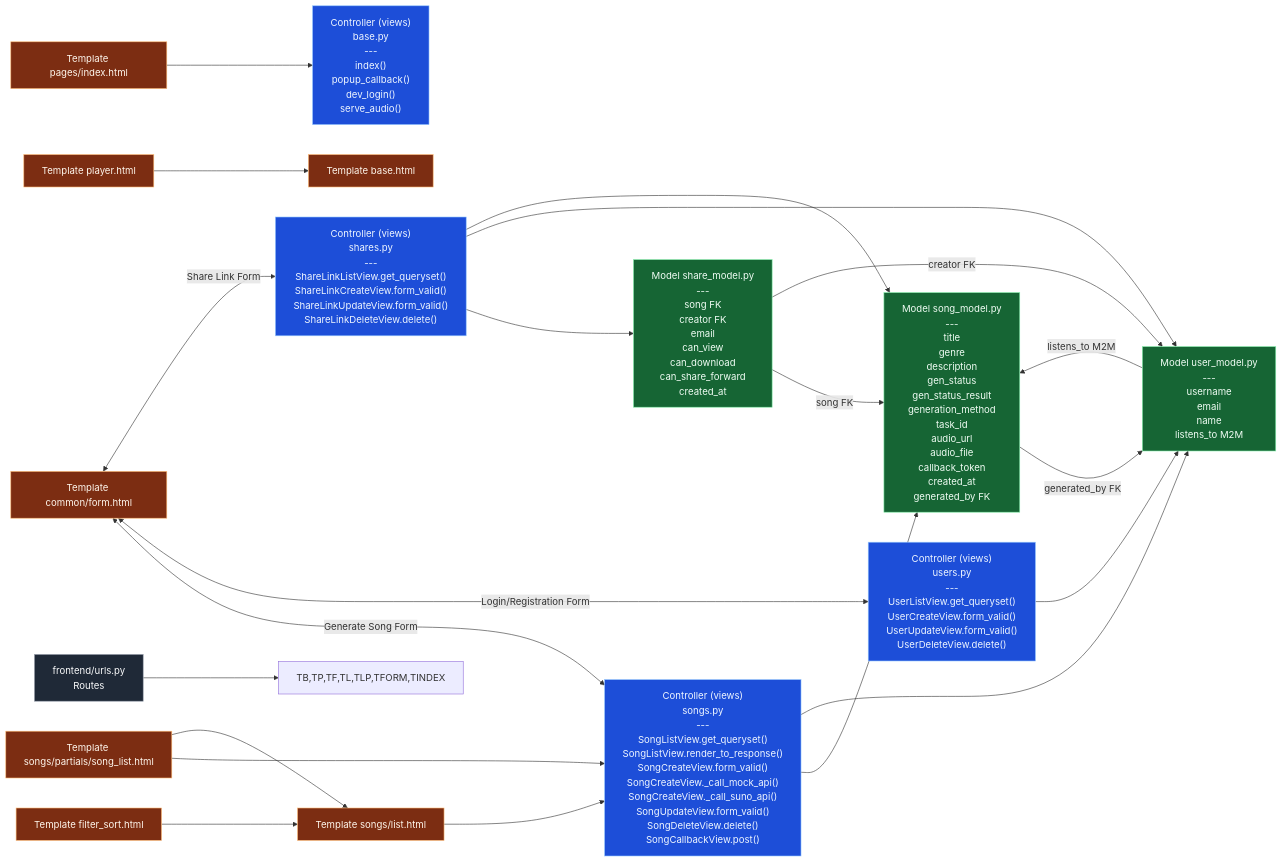
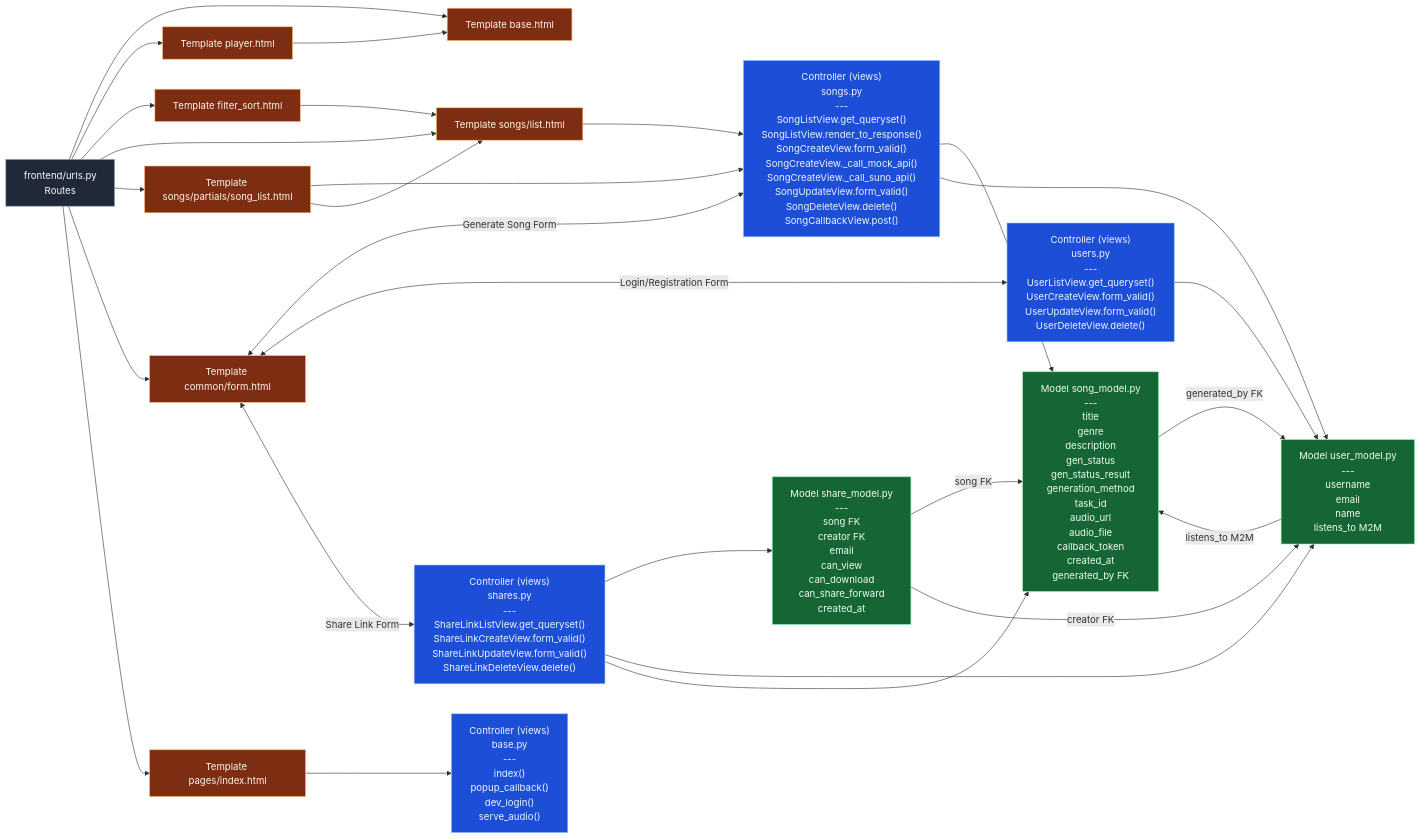
The diagram in README.md (taamtera/musicprojectdjango), drawn with Mermaid before and after one commit.

````diff
--- a/README.md
+++ b/README.md
@@ -76,66 +76,72 @@
 ```mermaid
 flowchart LR
    %% Route Layer
    U["frontend/urls.py<br/>Routes"]
 
    %% View/Controller Layer
    VB["Controller (views)<br/>base.py<br/>---<br/>index()<br/>popup_callback()<br/>dev_login()<br/>serve_audio()"]
    VS["Controller (views)<br/>songs.py<br/>---<br/>SongListView.get_queryset()<br/>SongListView.render_to_response()<br/>SongCreateView.form_valid()<br/>SongCreateView._call_mock_api()<br/>SongCreateView._call_suno_api()<br/>SongUpdateView.form_valid()<br/>SongDeleteView.delete()<br/>SongCallbackView.post()"]
    VU["Controller (views)<br/>users.py<br/>---<br/>UserListView.get_queryset()<br/>UserCreateView.form_valid()<br/>UserUpdateView.form_valid()<br/>UserDeleteView.delete()"]
    VSH["Controller (views)<br/>shares.py<br/>---<br/>ShareLinkListView.get_queryset()<br/>ShareLinkCreateView.form_valid()<br/>ShareLinkUpdateView.form_valid()<br/>ShareLinkDeleteView.delete()"]
 
    %% Model Layer
    MU["Model user_model.py<br/>---<br/>username<br/>email<br/>name<br/>listens_to M2M"]
    MS["Model song_model.py<br/>---<br/>title<br/>genre<br/>description<br/>gen_status<br/>gen_status_result<br/>generation_method<br/>task_id<br/>audio_url<br/>audio_file<br/>callback_token<br/>created_at<br/>generated_by FK"]
    MSL["Model share_model.py<br/>---<br/>song FK<br/>creator FK<br/>email<br/>can_view<br/>can_download<br/>can_share_forward<br/>created_at"]
 
    %% Template Layer
    TB["Template base.html"]
    TP["Template player.html"]
    TF["Template filter_sort.html"]
    TL["Template songs/list.html"]
    TLP["Template songs/partials/song_list.html"]
    TFORM["Template common/form.html"]
    TINDEX["Template pages/index.html"]
 
    %% Route to templates
-   U --> TB,TP,TF,TL,TLP,TFORM,TINDEX
+   U --> TB
+   U --> TP
+   U --> TF
+   U --> TL
+   U --> TLP
+   U --> TFORM
+   U --> TINDEX
 
    %% View to models
    VS --> MS
    VS --> MU
    VU --> MU
    VSH --> MSL
    VSH --> MU
    VSH --> MS
 
    %% Model relations
    MU -->|listens_to M2M| MS
    MS -->|generated_by FK| MU
    MSL -->|song FK| MS
    MSL -->|creator FK| MU
 
    %% Template to views
    TINDEX --> VB 
    TL --> VS 
    TLP --> VS 
    TFORM <--> |Generate Song Form| VS 
    TFORM <--> |Login/Registration Form| VU 
    TFORM <--> |Share Link Form| VSH 
 
    %% Template composition
    TF --> TL
    TLP --> TL
    TP --> TB
 
    %% Color coding: M / V / T (+ routes)
    classDef route fill:#1f2937,stroke:#9ca3af,color:#f9fafb,stroke-width:1px;
    classDef view fill:#1d4ed8,stroke:#93c5fd,color:#eff6ff,stroke-width:1px;
    classDef model fill:#166534,stroke:#86efac,color:#f0fdf4,stroke-width:1px;
    classDef template fill:#7c2d12,stroke:#fdba74,color:#fff7ed,stroke-width:1px;
 
    class U route;
    class VB,VS,VU,VSH view;
    class MU,MS,MSL model;
    class TB,TP,TF,TL,TLP,TFORM,TINDEX template;
 ```
````
